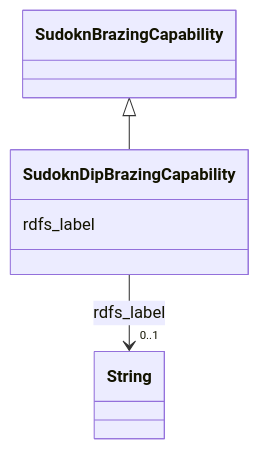
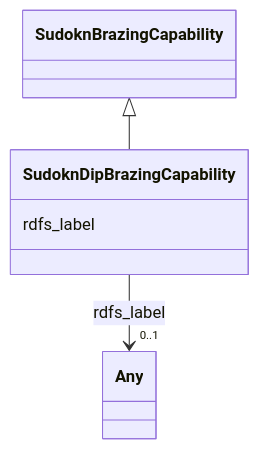
One commit to frink-okn/graph-descriptions changed the diagram in sudokn-kg/classes/SudoknDipBrazingCapability.md. Above: the diagram before and after it, drawn with Mermaid. The commit also changed other lines of this file and 903 other files, not shown here.

````diff
--- a/sudokn-kg/classes/SudoknDipBrazingCapability.md
+++ b/sudokn-kg/classes/SudoknDipBrazingCapability.md
@@ -23,18 +16,18 @@
 ```mermaid
  classDiagram
     class SudoknDipBrazingCapability
     click SudoknDipBrazingCapability href "../SudoknDipBrazingCapability"
       SudoknBrazingCapability <|-- SudoknDipBrazingCapability
         click SudoknBrazingCapability href "../SudoknBrazingCapability"
       
       SudoknDipBrazingCapability : rdfs_label
         
           
     
     
-    SudoknDipBrazingCapability --> "0..1" String : rdfs_label
-    click String href "../String"
+    SudoknDipBrazingCapability --> "0..1" Any : rdfs_label
+    click Any href "../Any"
 
         
       
 ```
````
